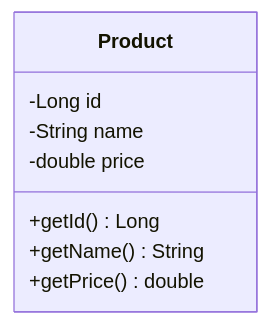
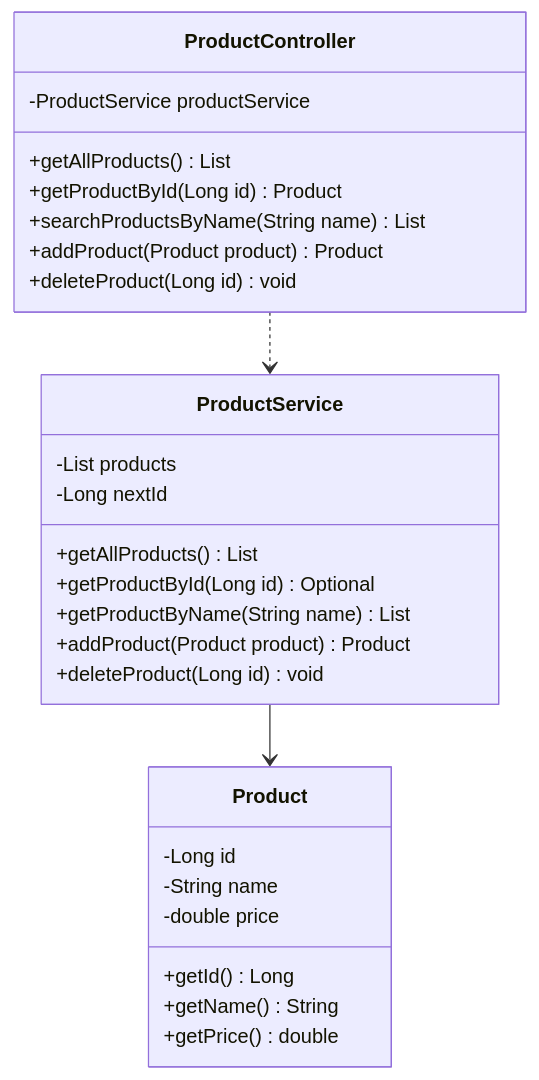
One commit to rfd-j/products-api changed the diagram in docs/uml/Product.md. Above: the diagram before and after it, drawn with Mermaid. The commit also changed 4 other files, not shown here.

Commit message:
t3: ProductService with List & four working CRUD endpoints

````diff
--- a/docs/uml/Product.md
+++ b/docs/uml/Product.md
@@ -1,11 +1,33 @@
 ```mermaid
 classDiagram
   class Product {
     -Long id
     -String name
     -double price
     +getId() Long
     +getName() String
     +getPrice() double
   }
+
+  class ProductController {
+    -ProductService productService
+    +getAllProducts() List<Product>
+    +getProductById(Long id) Product
+    +searchProductsByName(String name) List<Product>
+    +addProduct(Product product) Product
+    +deleteProduct(Long id) void
+  }
+
+  class ProductService {
+    -List<Product> products
+    -Long nextId
+    +getAllProducts() List<Product>
+    +getProductById(Long id) Optional<Product>
+    +getProductByName(String name) List<Product>
+    +addProduct(Product product) Product
+    +deleteProduct(Long id) void
+  }
+
+  ProductController ..> ProductService
+  ProductService --> Product
 ```
````
